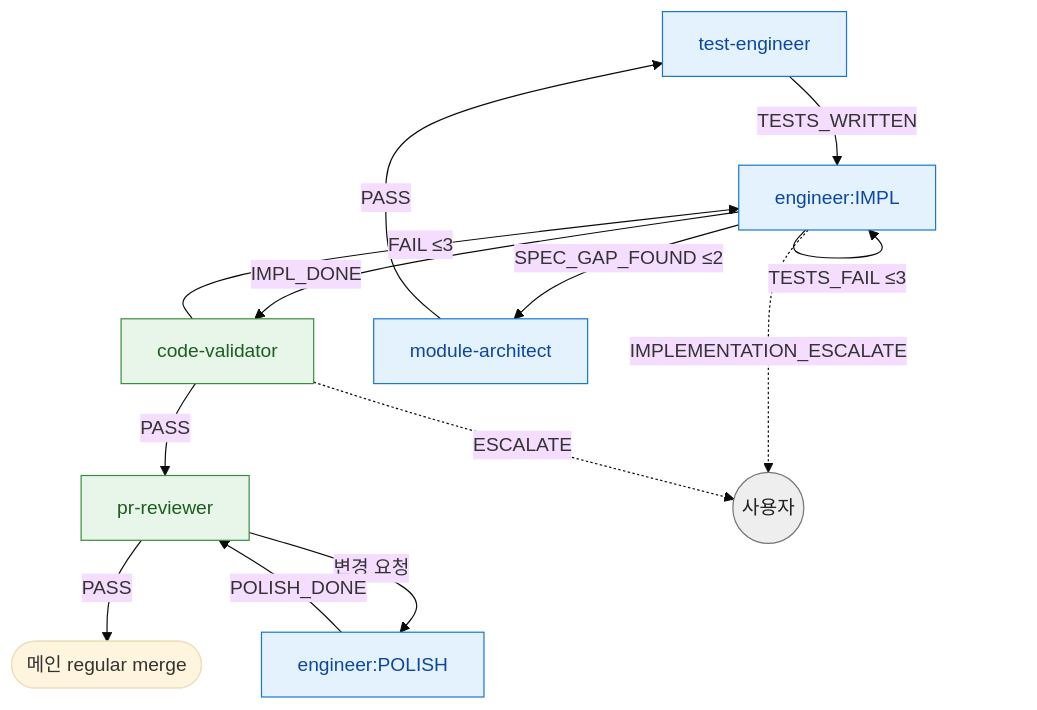
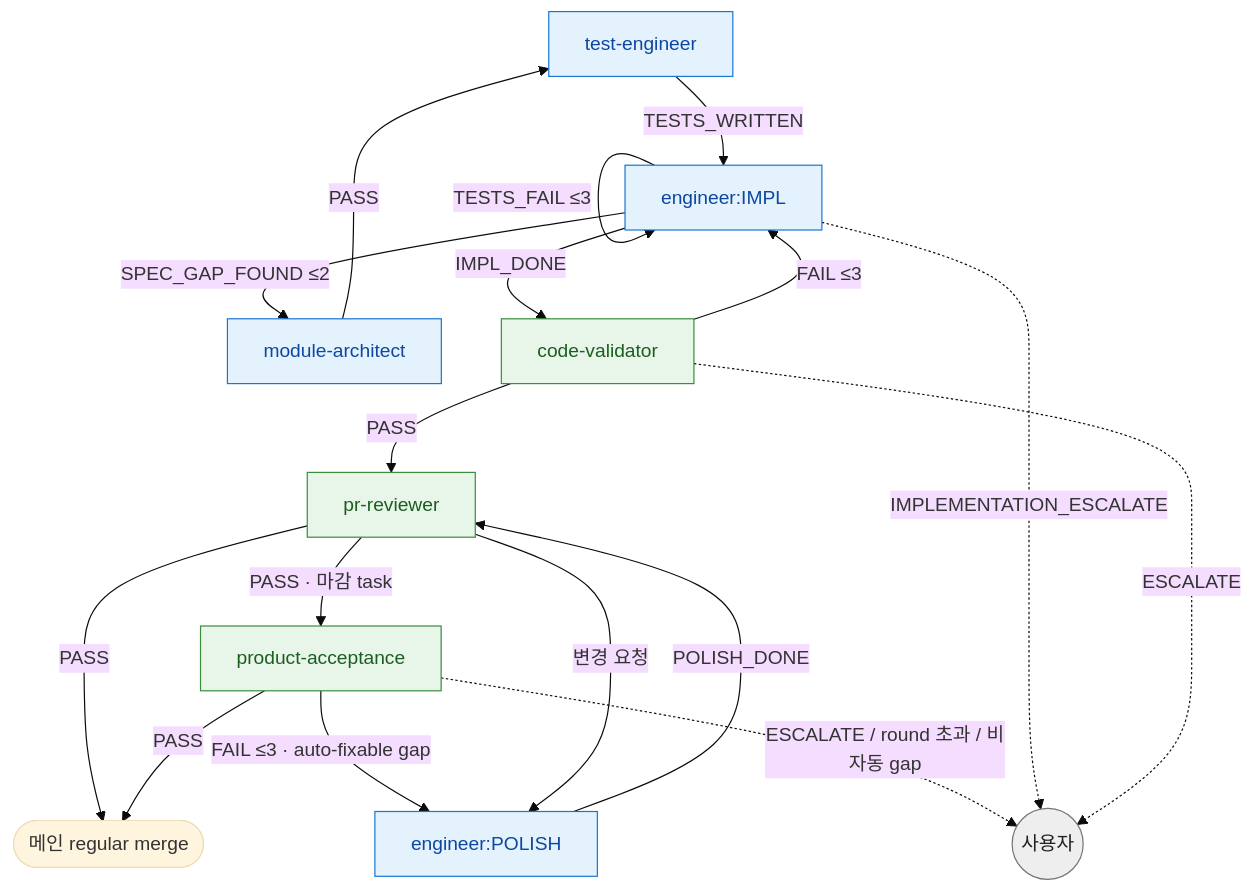
One commit to Daeguk-Sun/dcNess changed the first of 2 diagrams in skills/impl-loop/impl-loop-routing.md. Above: the diagram before and after it, drawn with Mermaid (base theme). The commit also changed other lines of this file and 3 other files, not shown here.

````diff
--- a/skills/impl-loop/impl-loop-routing.md
+++ b/skills/impl-loop/impl-loop-routing.md
@@ -23,22 +23,26 @@
 ```mermaid
 flowchart TB
   TE[test-engineer] -->|TESTS_WRITTEN| EN[engineer:IMPL]
   EN -->|IMPL_DONE| CV[code-validator]
   CV -->|PASS| PR[pr-reviewer]
   PR -->|PASS| M([메인 regular merge])
+  PR -->|PASS · 마감 task| PA[product-acceptance]
+  PA -->|PASS| M
+  PA -->|FAIL ≤3 · auto-fixable gap| ENP
+  PA -.->|ESCALATE / round 초과 / 비자동 gap| U
   PR -->|변경 요청| ENP[engineer:POLISH]
   ENP -->|POLISH_DONE| PR
   CV -->|FAIL ≤3| EN
   EN -->|TESTS_FAIL ≤3| EN
   EN -->|SPEC_GAP_FOUND ≤2| MA[module-architect]
   MA -->|PASS| TE
   EN -.->|IMPLEMENTATION_ESCALATE| U((사용자))
   CV -.->|ESCALATE| U
 
   classDef produce fill:#e3f2fd,stroke:#1976d2,color:#0d47a1
   classDef verify fill:#e8f5e9,stroke:#388e3c,color:#1b5e20
   classDef user fill:#eeeeee,stroke:#757575,color:#212121
   class TE,EN,ENP,MA produce
-  class CV,PR verify
+  class CV,PR,PA verify
   class U user
 ```
````
